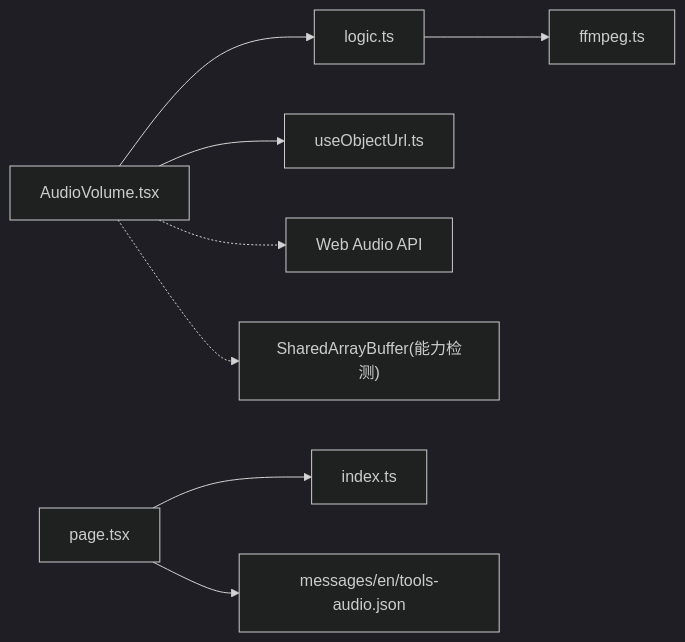
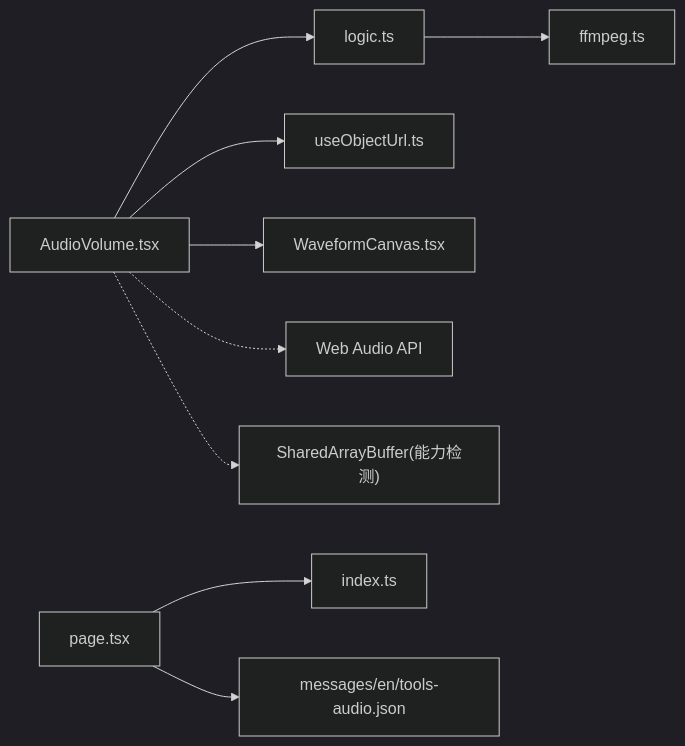
Before and after one commit to sgyy/privadeck: the seventh of 7 diagrams in .qoder/repowiki/zh/content/音频工具/音量调节.md, drawn with Mermaid (dark theme). The commit also changed other lines of this file and 3 other files, not shown here.

````diff
--- a/.qoder/repowiki/zh/content/音频工具/音量调节.md
+++ b/.qoder/repowiki/zh/content/音频工具/音量调节.md
@@ -273,10 +329,11 @@
 ```mermaid
 graph LR
 UI["AudioVolume.tsx"] --> LOGIC["logic.ts"]
 UI --> OBJ["useObjectUrl.ts"]
+UI --> WAVE["WaveformCanvas.tsx"]
 LOGIC --> FF["ffmpeg.ts"]
 PAGE["page.tsx"] --> REG["index.ts"]
 PAGE --> I18N["messages/en/tools-audio.json"]
 UI -.-> WEB["Web Audio API"]
 UI -.-> SAB["SharedArrayBuffer(能力检测)"]
 ```
````
